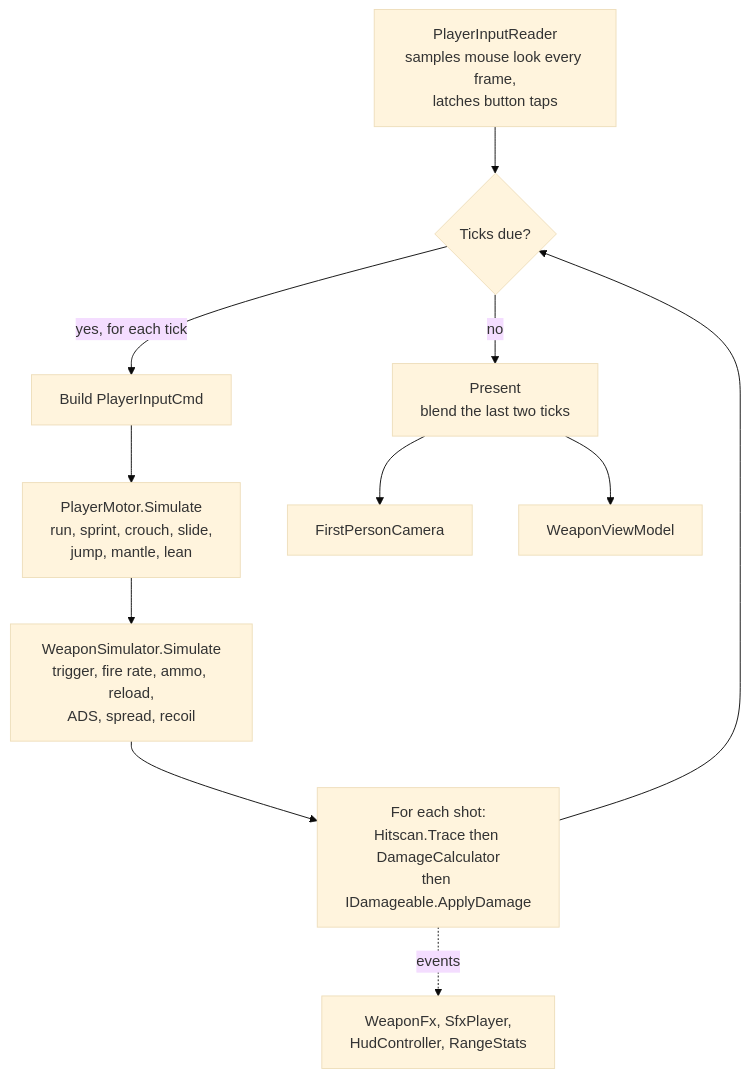
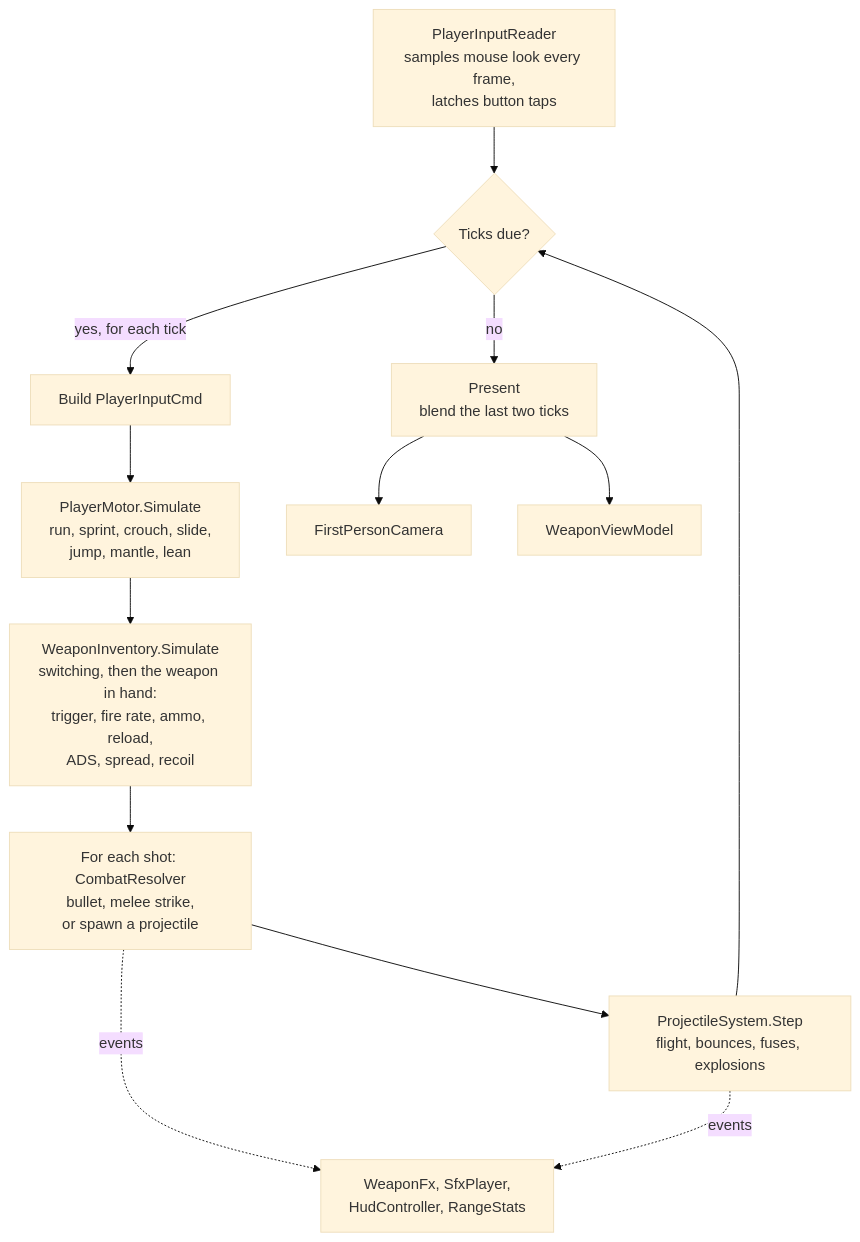
The second of 4 diagrams in pulsebreak/docs/ARCHITECTURE.md (aidenobrad-ctrl/Claude), drawn with Mermaid (base theme) before and after one commit. The commit also changed other lines of this file and 2 other files, not shown here.

First line of the commit message:
Document the weapon system and reorder the roadmap

````diff
--- a/pulsebreak/docs/ARCHITECTURE.md
+++ b/pulsebreak/docs/ARCHITECTURE.md
@@ -121,13 +122,15 @@
 ```mermaid
 flowchart TD
     A[PlayerInputReader<br/>samples mouse look every frame,<br/>latches button taps] --> B{Ticks due?}
     B -- "yes, for each tick" --> C[Build PlayerInputCmd]
     C --> D[PlayerMotor.Simulate<br/>run, sprint, crouch, slide,<br/>jump, mantle, lean]
-    D --> E[WeaponSimulator.Simulate<br/>trigger, fire rate, ammo, reload,<br/>ADS, spread, recoil]
-    E --> F[For each shot:<br/>Hitscan.Trace then DamageCalculator<br/>then IDamageable.ApplyDamage]
-    F --> B
+    D --> E[WeaponInventory.Simulate<br/>switching, then the weapon in hand:<br/>trigger, fire rate, ammo, reload,<br/>ADS, spread, recoil]
+    E --> F[For each shot: CombatResolver<br/>bullet, melee strike,<br/>or spawn a projectile]
+    F --> P[ProjectileSystem.Step<br/>flight, bounces, fuses, explosions]
+    P --> B
     B -- "no" --> G[Present<br/>blend the last two ticks]
     G --> H[FirstPersonCamera]
     G --> I[WeaponViewModel]
     F -. events .-> J[WeaponFx, SfxPlayer,<br/>HudController, RangeStats]
+    P -. events .-> J
 ```
````
